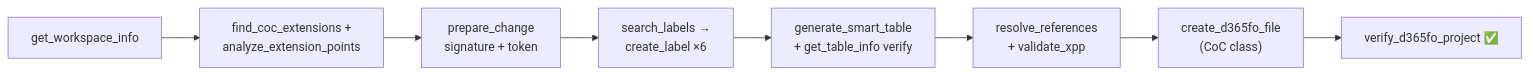
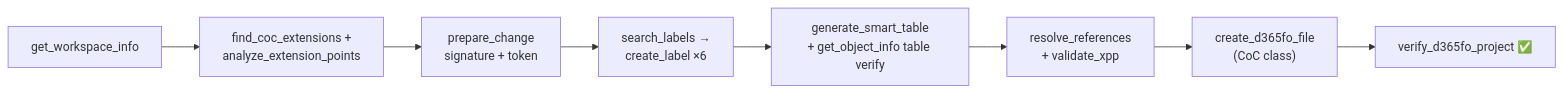
The second of 7 diagrams in docs/USAGE_EXAMPLES.md (DaylePWork/d365fo-mcp-server), drawn with Mermaid before and after one commit. The commit also changed other lines of this file and 57 other files, not shown here.

First line of the commit message:
feat: unify per-type readers under get_object_info

````diff
--- a/docs/USAGE_EXAMPLES.md
+++ b/docs/USAGE_EXAMPLES.md
@@ -43,10 +43,10 @@
 ```mermaid
 flowchart LR
     A[get_workspace_info] --> B["find_coc_extensions +<br/>analyze_extension_points"]
     B --> C[prepare_change<br/>signature + token]
     C --> D["search_labels →<br/>create_label ×6"]
-    D --> E[generate_smart_table<br/>+ get_table_info verify]
+    D --> E[generate_smart_table<br/>+ get_object_info table verify]
     E --> F["resolve_references<br/>+ validate_xpp"]
     F --> G["create_d365fo_file<br/>(CoC class)"]
     G --> H[verify_d365fo_project ✅]
 ```
````
